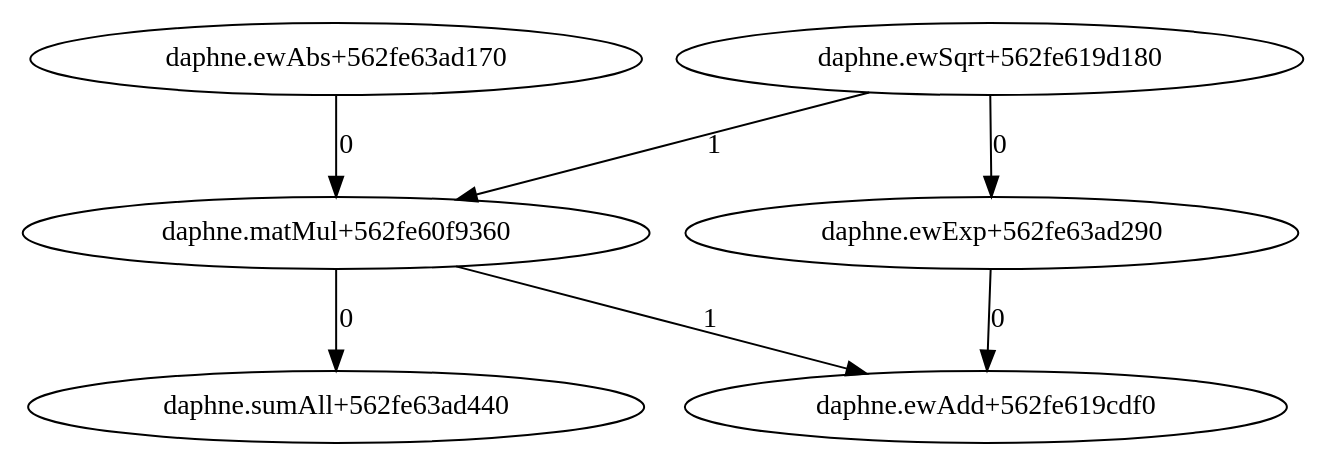
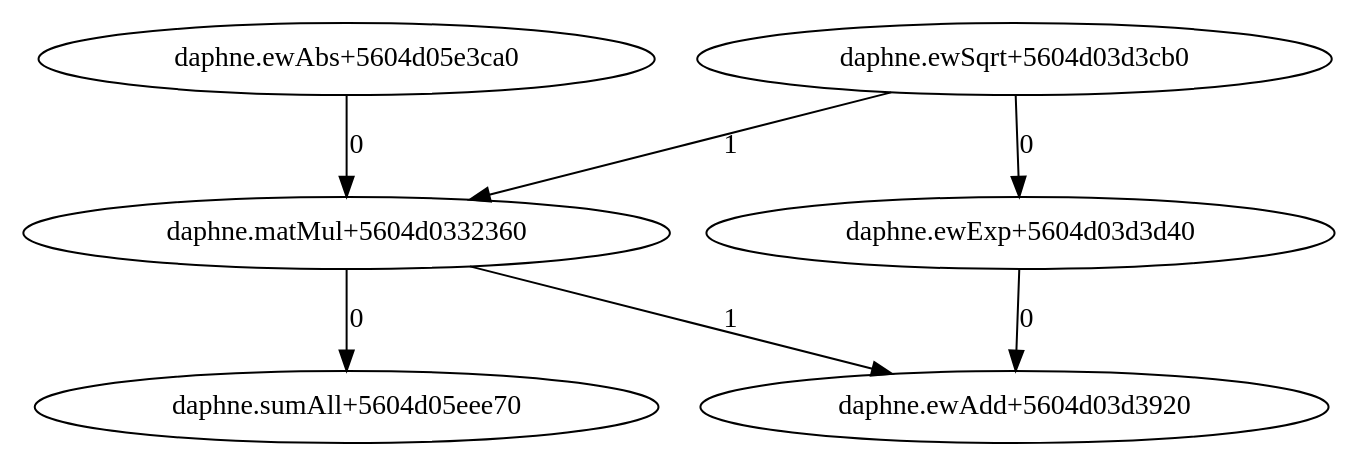
The diagram in graph.dot (sweetpellegrino/daphne), drawn with Graphviz before and after one commit. The commit also changed 6 other files, not shown here.

```diff
--- a/graph.dot
+++ b/graph.dot
@@ -1,8 +1,8 @@
 digraph G {
-"daphne.ewExp+562fe63ad290" -> "daphne.ewAdd+562fe619cdf0" [label="0"];
-"daphne.matMul+562fe60f9360" -> "daphne.ewAdd+562fe619cdf0" [label="1"];
-"daphne.ewAbs+562fe63ad170" -> "daphne.matMul+562fe60f9360" [label="0"];
-"daphne.ewSqrt+562fe619d180" -> "daphne.matMul+562fe60f9360" [label="1"];
-"daphne.ewSqrt+562fe619d180" -> "daphne.ewExp+562fe63ad290" [label="0"];
-"daphne.matMul+562fe60f9360" -> "daphne.sumAll+562fe63ad440" [label="0"];
+"daphne.ewExp+5604d03d3d40" -> "daphne.ewAdd+5604d03d3920" [label="0"];
+"daphne.matMul+5604d0332360" -> "daphne.ewAdd+5604d03d3920" [label="1"];
+"daphne.ewAbs+5604d05e3ca0" -> "daphne.matMul+5604d0332360" [label="0"];
+"daphne.ewSqrt+5604d03d3cb0" -> "daphne.matMul+5604d0332360" [label="1"];
+"daphne.ewSqrt+5604d03d3cb0" -> "daphne.ewExp+5604d03d3d40" [label="0"];
+"daphne.matMul+5604d0332360" -> "daphne.sumAll+5604d05eee70" [label="0"];
 }
```
